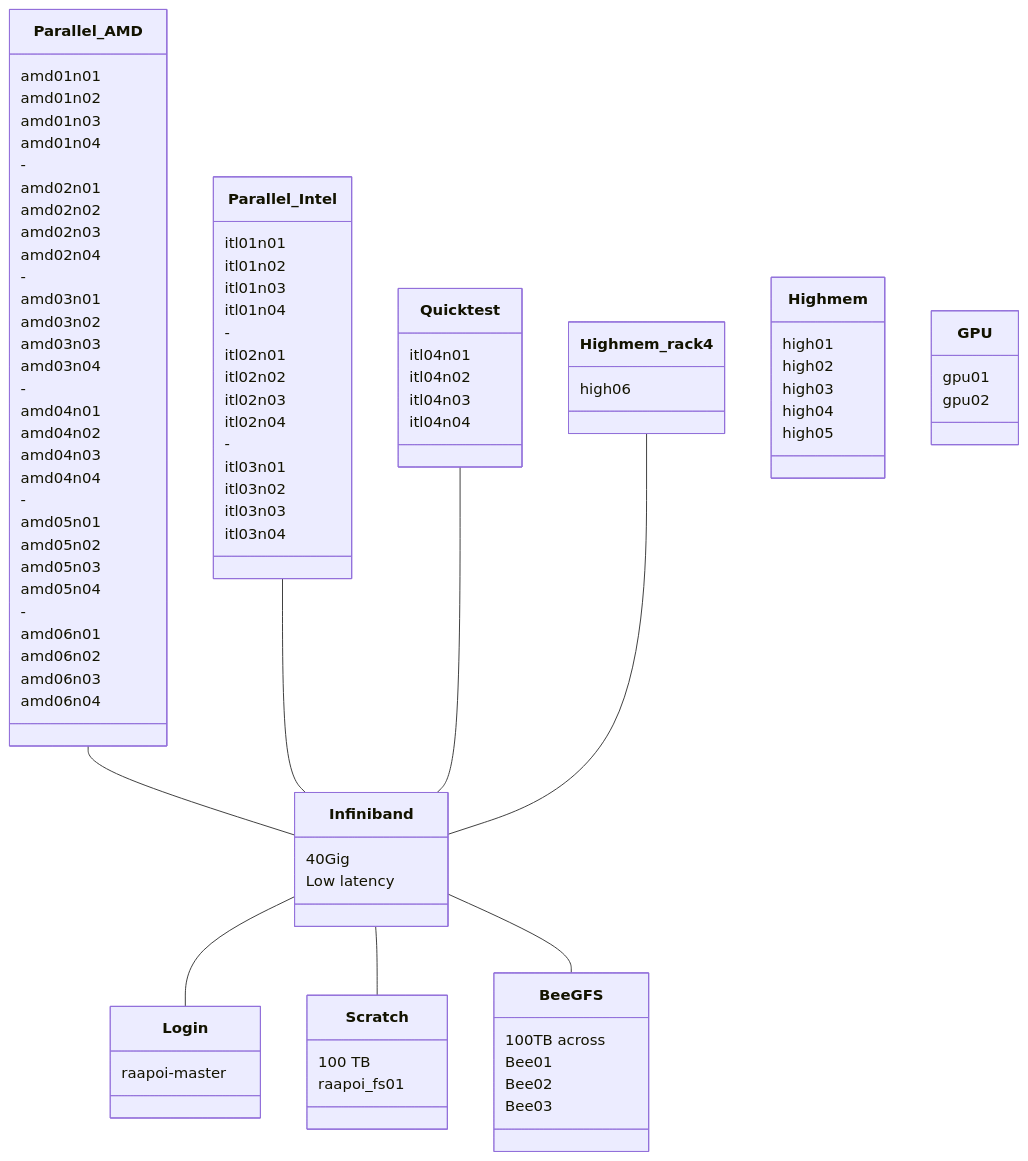
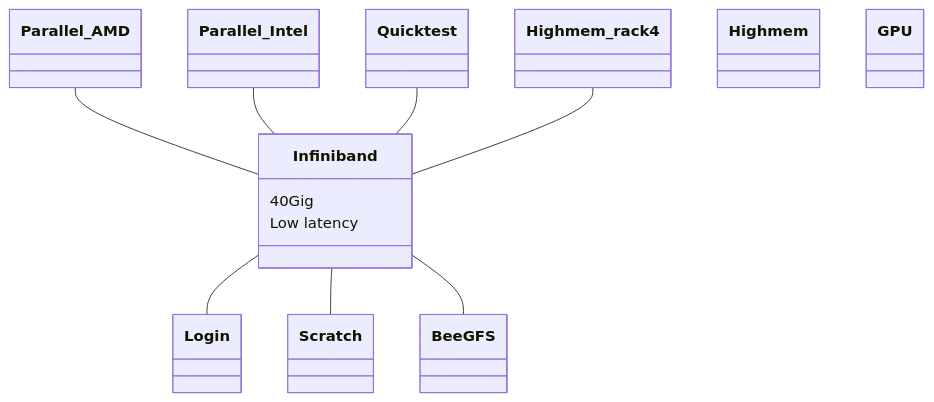
The third of 3 diagrams in docs/hpclayout.md (vuw-research-computing/raapoi-docs), drawn with Mermaid before and after one commit. The commit also changed other lines of this file, not shown here.

````diff
--- a/docs/hpclayout.md
+++ b/docs/hpclayout.md
@@ -224,83 +162,21 @@
       Low latency
     }
         class Scratch {
-        100 TB
-        raapoi_fs01
     }
     class BeeGFS {
-        100TB across
-        Bee01
-        Bee02
-        Bee03
     }
     class Login {
-        raapoi-master
     }
     class Parallel_AMD {
-        amd01n01
-        amd01n02
-        amd01n03
-        amd01n04
-        -
-        amd02n01
-        amd02n02
-        amd02n03
-        amd02n04
-        -
-        amd03n01
-        amd03n02
-        amd03n03
-        amd03n04
-        -
-        amd04n01
-        amd04n02
-        amd04n03
-        amd04n04
-        -
-        amd05n01
-        amd05n02
-        amd05n03
-        amd05n04
-        -
-        amd06n01
-        amd06n02
-        amd06n03
-        amd06n04
     }
     class Parallel_Intel{
-        itl01n01
-        itl01n02
-        itl01n03
-        itl01n04
-        -
-        itl02n01
-        itl02n02
-        itl02n03
-        itl02n04
-        -
-        itl03n01
-        itl03n02
-        itl03n03
-        itl03n04
     }
     class Quicktest{
-        itl04n01
-        itl04n02
-        itl04n03
-        itl04n04
     }
     class Highmem{
-        high01
-        high02
-        high03
-        high04
-        high05
     }
     class Highmem_rack4{
-        high06
     }
    class GPU{
-        gpu01
-        gpu02  
     }
 ```
````
